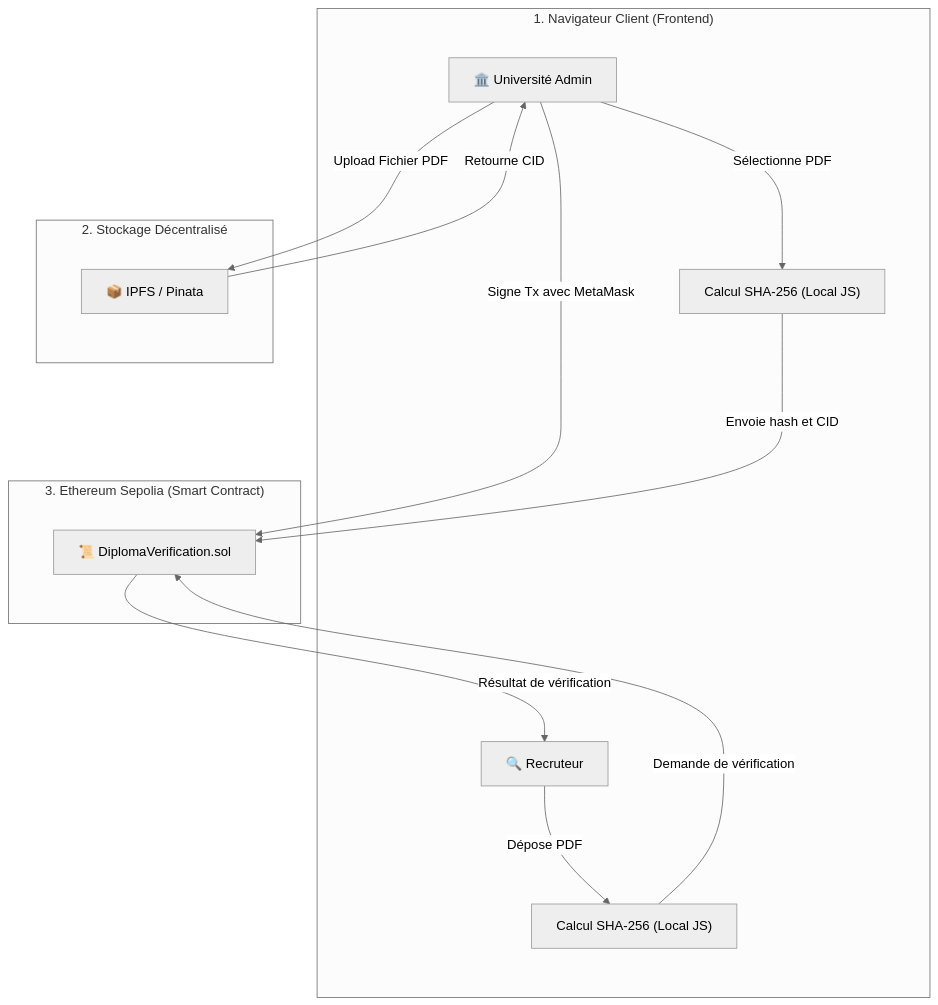
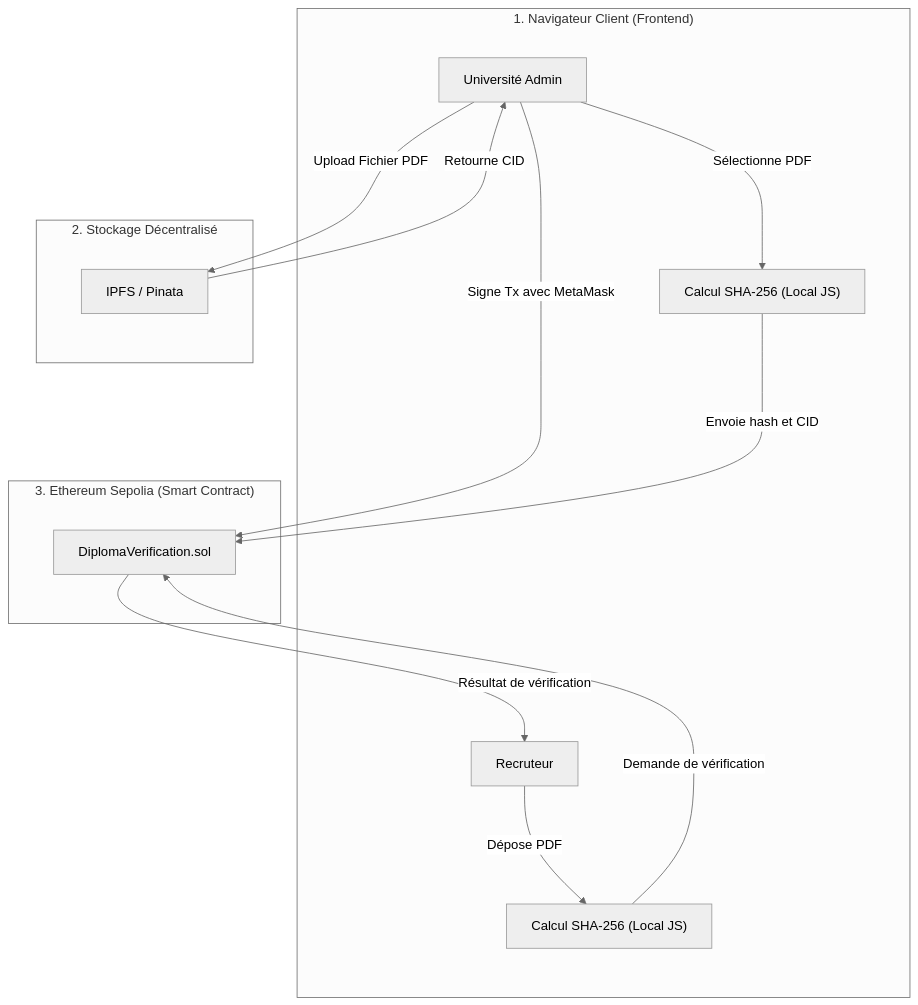
Before and after one commit to buildwithrayen/blockchain-diploma-verification: the diagram in README.md, drawn with Mermaid (neutral theme). The commit also changed other lines of this file, not shown here.

Commit message:
Update README with project details and instructions

````diff
--- a/README.md
+++ b/README.md
@@ -25,22 +25,22 @@
 ```mermaid
 %%{init: {"flowchart": {"nodeSpacing": 90, "rankSpacing": 120, "curve": "basis", "htmlLabels": true}}}%%
 
 flowchart TD
 
     subgraph Browser["1. Navigateur Client (Frontend)"]
-        Admin["🏛️ Université Admin"] -->|Sélectionne PDF| Hash1["Calcul SHA-256 (Local JS)"]
-        Recruiter["🔍 Recruteur"] -->|Dépose PDF| Hash2["Calcul SHA-256 (Local JS)"]
+        Admin["Université Admin"] -->|Sélectionne PDF| Hash1["Calcul SHA-256 (Local JS)"]
+        Recruiter["Recruteur"] -->|Dépose PDF| Hash2["Calcul SHA-256 (Local JS)"]
     end
 
     subgraph Storage["2. Stockage Décentralisé"]
-        Admin -->|Upload Fichier PDF| Pinata["📦 IPFS / Pinata"]
+        Admin -->|Upload Fichier PDF| Pinata["IPFS / Pinata"]
         Pinata -->|Retourne CID| Admin
     end
 
     subgraph Blockchain["3. Ethereum Sepolia (Smart Contract)"]
-        Admin -->|Signe Tx avec MetaMask| SC["📜 DiplomaVerification.sol"]
+        Admin -->|Signe Tx avec MetaMask| SC["DiplomaVerification.sol"]
         Hash1 -->|Envoie hash et CID| SC
         Hash2 -->|Demande de vérification| SC
         SC -->|Résultat de vérification| Recruiter
     end
 ```
````
